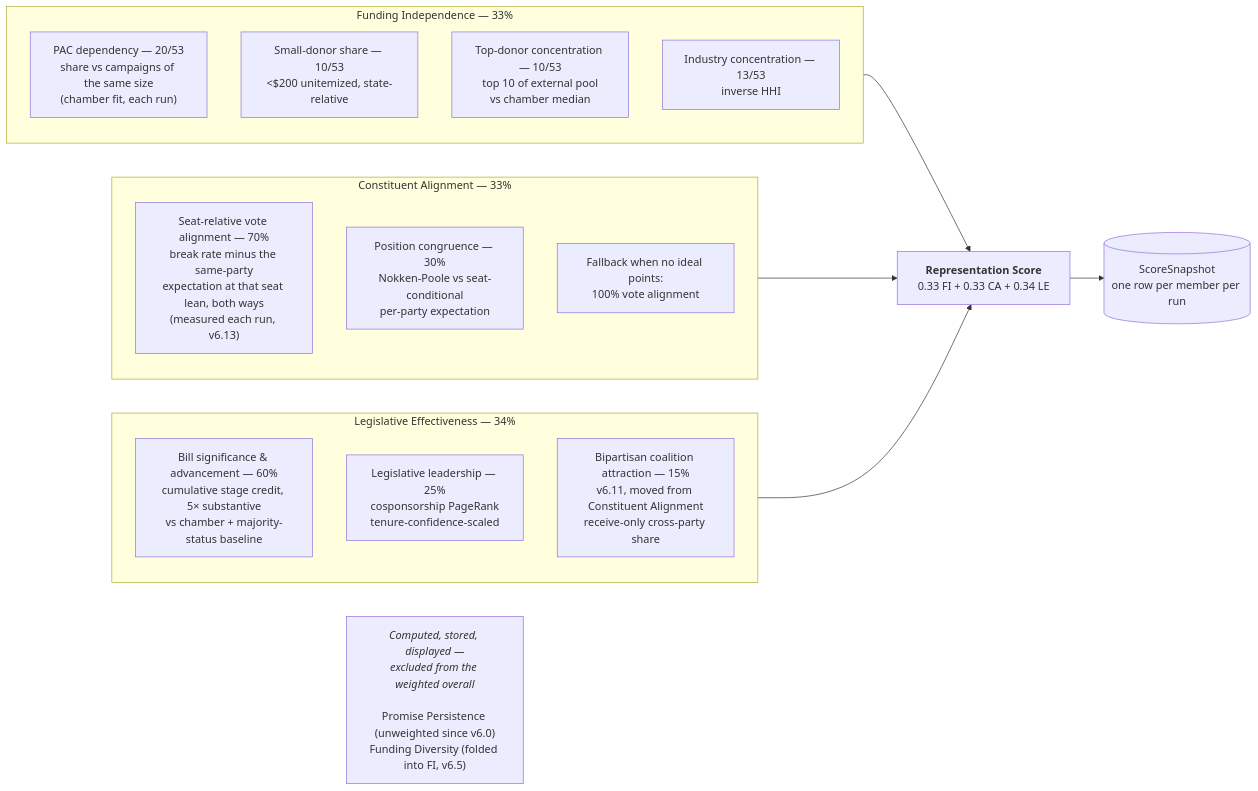
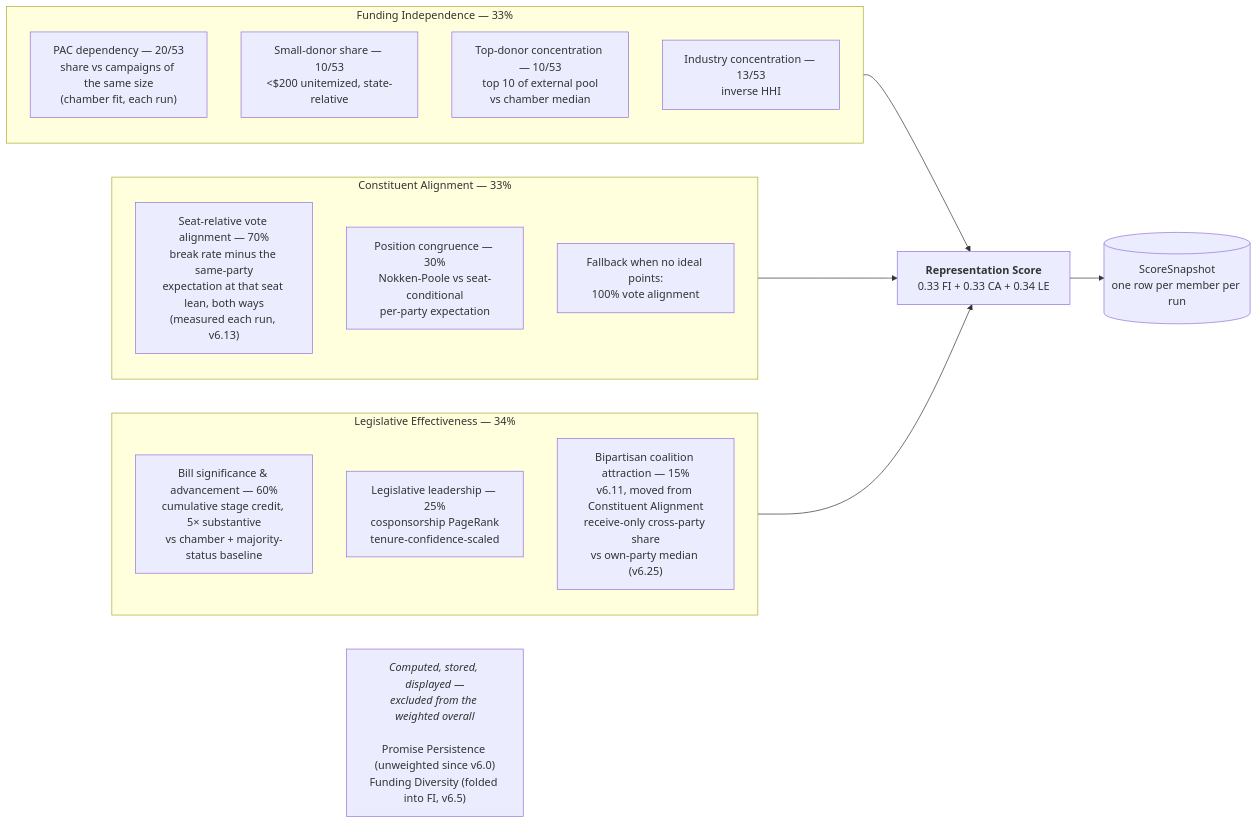
Before and after one commit to kamoras/civitas: the first of 3 diagrams in docs/diagrams/05-scoring.md, drawn with Mermaid. The commit also changed 7 other files, not shown here.

First line of the commit message:
LES v6.25: compare coalition attraction with the member's own party

````diff
--- a/docs/diagrams/05-scoring.md
+++ b/docs/diagrams/05-scoring.md
@@ -17,29 +17,29 @@
 ```mermaid
 flowchart LR
     subgraph FI["Funding Independence — 33%"]
         FI1["PAC dependency — 20/53<br/>share vs campaigns of the same size<br/>(chamber fit, each run)"]
         FI2["Small-donor share — 10/53<br/>&lt;$200 unitemized, state-relative"]
         FI3["Top-donor concentration — 10/53<br/>top 10 of external pool<br/>vs chamber median"]
         FI5["Industry concentration — 13/53<br/>inverse HHI"]
     end
 
     subgraph CA["Constituent Alignment — 33%"]
         CA1["Seat-relative vote alignment — 70%<br/>break rate minus the same-party<br/>expectation at that seat lean, both ways<br/>(measured each run, v6.13)"]
         CA2["Position congruence — 30%<br/>Nokken-Poole vs seat-conditional<br/>per-party expectation"]
         CA3["Fallback when no ideal points:<br/>100% vote alignment"]
     end
 
     subgraph LE["Legislative Effectiveness — 34%"]
         LE1["Bill significance &amp; advancement — 60%<br/>cumulative stage credit, 5× substantive<br/>vs chamber + majority-status baseline"]
         LE2["Legislative leadership — 25%<br/>cosponsorship PageRank<br/>tenure-confidence-scaled"]
-        LE3["Bipartisan coalition attraction — 15%<br/>v6.11, moved from Constituent Alignment<br/>receive-only cross-party share"]
+        LE3["Bipartisan coalition attraction — 15%<br/>v6.11, moved from Constituent Alignment<br/>receive-only cross-party share<br/>vs own-party median (v6.25)"]
     end
 
     FI --> OVERALL["<b>Representation Score</b><br/>0.33 FI + 0.33 CA + 0.34 LE"]
     CA --> OVERALL
     LE --> OVERALL
 
     OVERALL --> SNAP[("ScoreSnapshot<br/>one row per member per run")]
 
     UNW["<i>Computed, stored, displayed —<br/>excluded from the weighted overall</i><br/><br/>Promise Persistence (unweighted since v6.0)<br/>Funding Diversity (folded into FI, v6.5)"]
 ```
````
